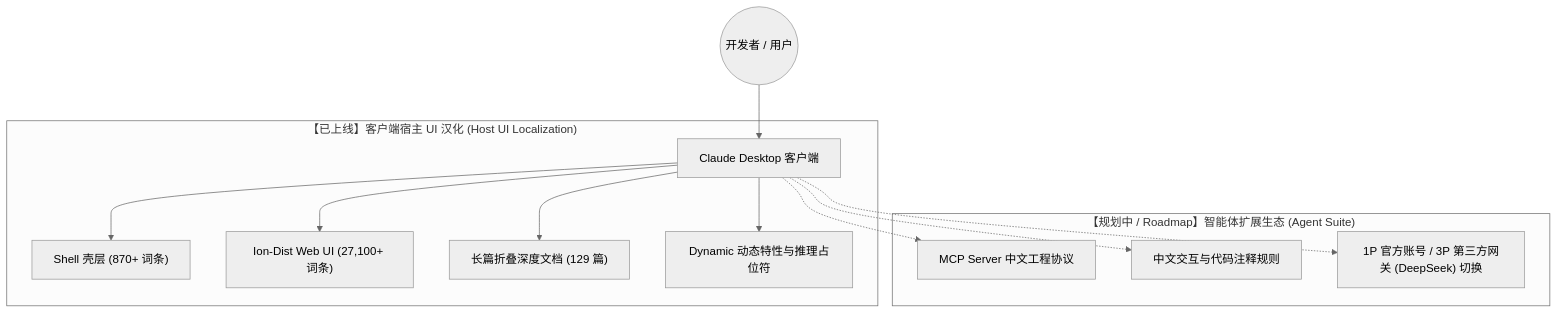
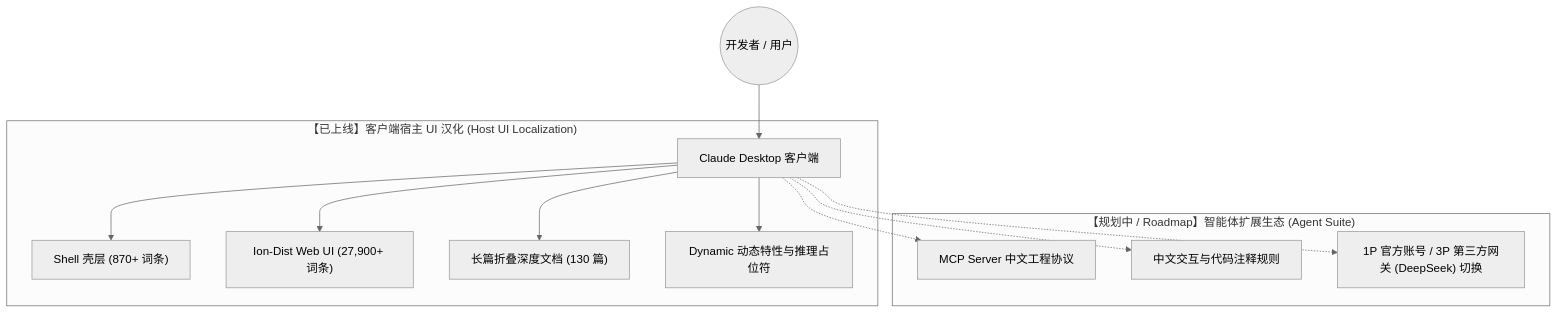
One commit to yiheng8023/claude-chinese changed the first of 2 diagrams in README.md. Above: the diagram before and after it, drawn with Mermaid (neutral theme). The commit also changed other lines of this file and 7 other files, not shown here.

````diff
--- a/README.md
+++ b/README.md
@@ -40,17 +40,17 @@
 ```mermaid
 graph TD
     User((开发者 / 用户)) --> ClaudeApp[Claude Desktop 客户端]
     
     subgraph Mode1 ["【已上线】客户端宿主 UI 汉化 (Host UI Localization)"]
         ClaudeApp --> ShellLayer["Shell 壳层 (870+ 词条)"]
-        ClaudeApp --> WebUILayer["Ion-Dist Web UI (27,100+ 词条)"]
-        ClaudeApp --> LongDocsLayer["长篇折叠深度文档 (129 篇)"]
+        ClaudeApp --> WebUILayer["Ion-Dist Web UI (27,900+ 词条)"]
+        ClaudeApp --> LongDocsLayer["长篇折叠深度文档 (130 篇)"]
         ClaudeApp --> DynamicLayer["Dynamic 动态特性与推理占位符"]
     end
     
     subgraph Mode2 ["【规划中 / Roadmap】智能体扩展生态 (Agent Suite)"]
         ClaudeApp -.-> MCP["MCP Server 中文工程协议"]
         ClaudeApp -.-> Rules["中文交互与代码注释规则"]
         ClaudeApp -.-> Switcher["1P 官方账号 / 3P 第三方网关 (DeepSeek) 切换"]
     end
 ```
````
